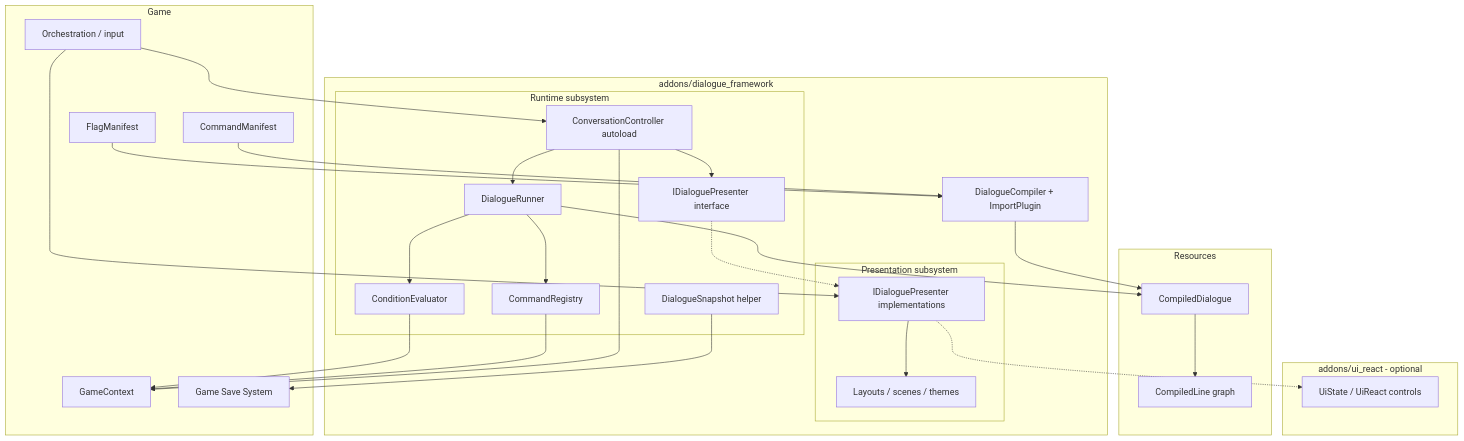
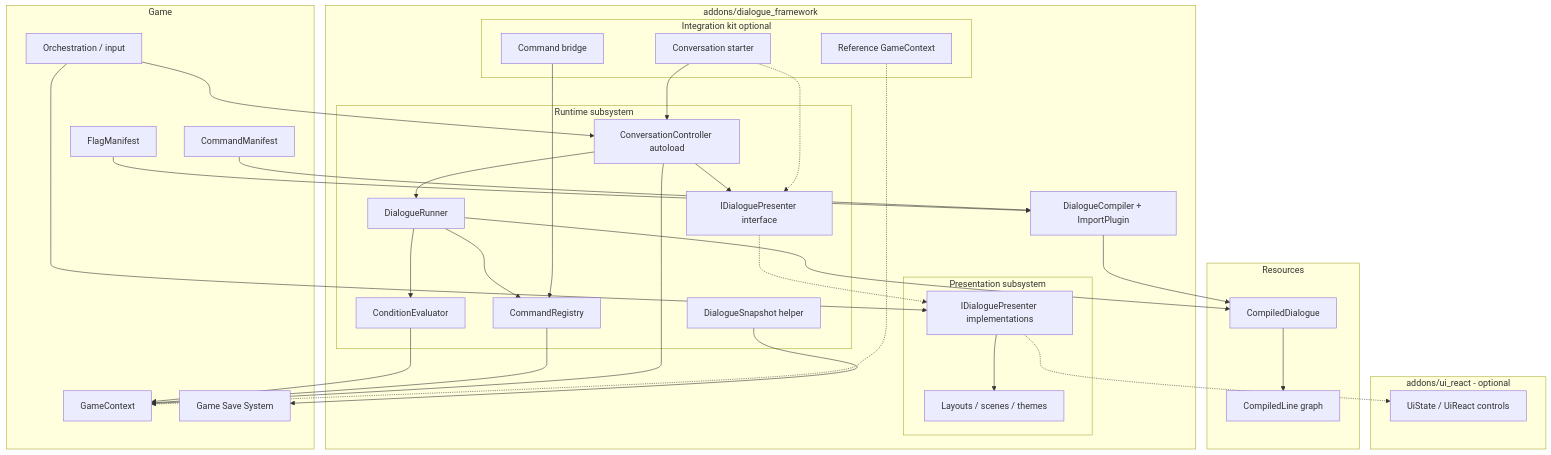
The diagram in docs/architecture/dialogue/README.md (bioartgames/dialog-systems-research), drawn with Mermaid before and after one commit. The commit also changed other lines of this file and 9 other files, not shown here.

Commit message:
docs(dialogue-framework): Accept ADR-024 optional Integration kit - Record architecture review and Accept ADR-024 (D30.1–D30.11) - Amend ADR-014 product structure for optional integration/ - Sync architecture and addon README adoption path

````diff
--- a/docs/architecture/dialogue/README.md
+++ b/docs/architecture/dialogue/README.md
@@ -31,54 +31,63 @@
 ```mermaid
 graph TB
     subgraph framework [addons/dialogue_framework]
         subgraph runtime_sub [Runtime subsystem]
             CC[ConversationController autoload]
             DR[DialogueRunner]
             CE[ConditionEvaluator]
             CR[CommandRegistry]
             SNAP[DialogueSnapshot helper]
             IFACE[IDialoguePresenter interface]
         end
         subgraph presentation_sub [Presentation subsystem]
             PRES_IMPL[IDialoguePresenter implementations]
             SCENES[Layouts / scenes / themes]
+        end
+        subgraph integration_sub [Integration kit optional]
+            STARTER[Conversation starter]
+            KIT_GC[Reference GameContext]
+            BRIDGE[Command bridge]
         end
         COMP[DialogueCompiler + ImportPlugin]
     end
 
     subgraph data [Resources]
         CD[CompiledDialogue]
         CL[CompiledLine graph]
     end
 
     subgraph game [Game]
         GC[GameContext]
         FM[FlagManifest]
         CM[CommandManifest]
         ORCH[Orchestration / input]
         SAVE[Game Save System]
     end
 
     subgraph ui_react [addons/ui_react - optional]
         UR[UiState / UiReact controls]
     end
 
     COMP --> CD
     CD --> CL
     CC --> DR
     CC --> IFACE
     IFACE -.-> PRES_IMPL
     PRES_IMPL --> SCENES
     PRES_IMPL -.-> UR
     DR --> CD
     DR --> CE
     DR --> CR
     CE --> GC
     CR --> GC
     CC --> GC
     SNAP --> SAVE
     FM --> COMP
     CM --> COMP
     ORCH --> CC
     ORCH --> PRES_IMPL
+    STARTER --> CC
+    STARTER -.-> IFACE
+    KIT_GC -.-> GC
+    BRIDGE --> CR
 ```
````
